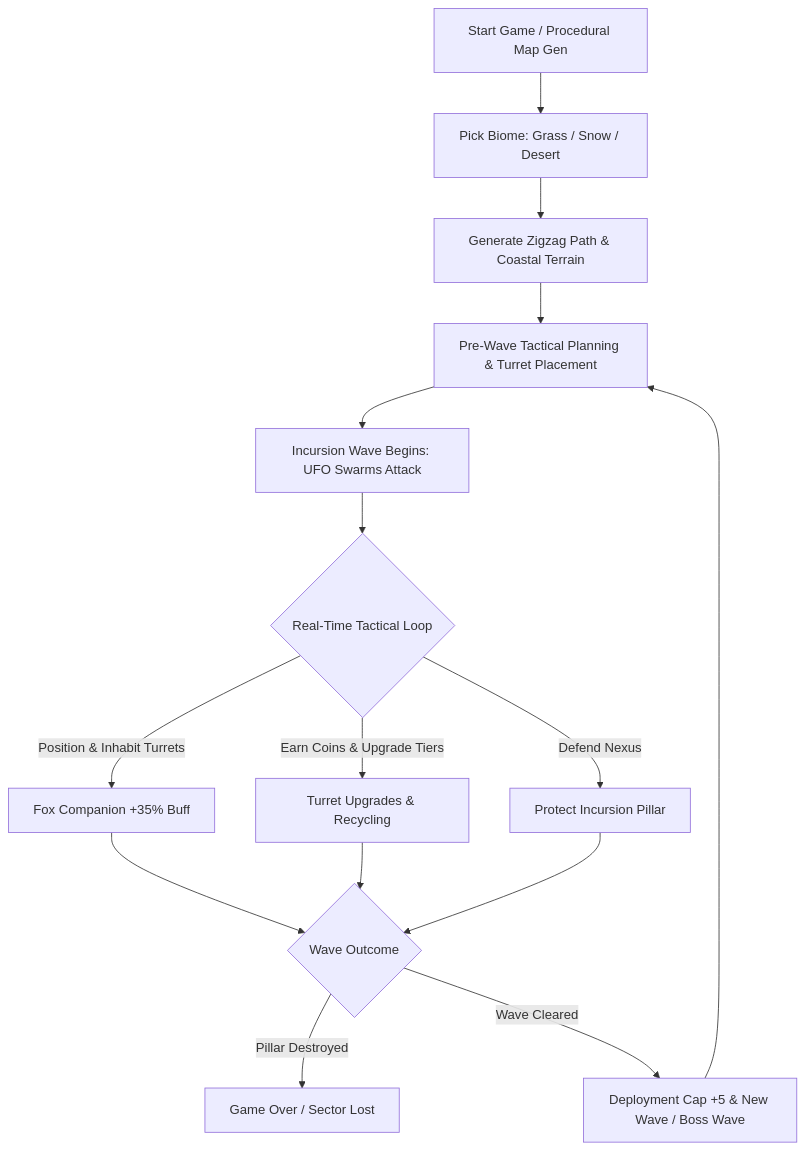
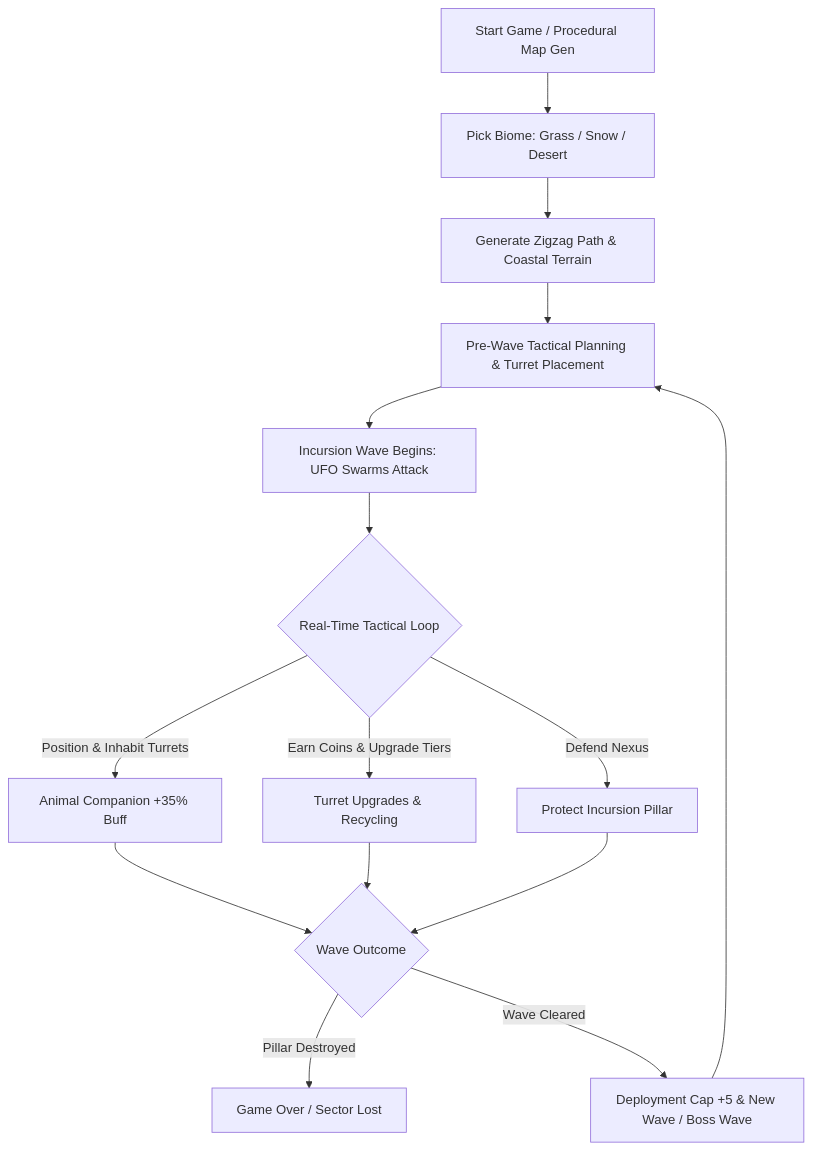
The first of 5 diagrams in docs/executive_summary.md (arlandoapraharjo/chaosmal-defense-td), drawn with Mermaid before and after one commit. The commit also changed other lines of this file, not shown here.

````diff
--- a/docs/executive_summary.md
+++ b/docs/executive_summary.md
@@ -19,17 +19,17 @@
 ```mermaid
 graph TD
-    A[Start Game / Procedural Map Gen] --> B[Pick Biome: Grass / Snow / Desert]
-    B --> C[Generate Zigzag Path & Coastal Terrain]
-    C --> D[Pre-Wave Tactical Planning & Turret Placement]
-    D --> E[Incursion Wave Begins: UFO Swarms Attack]
-    E --> F{Real-Time Tactical Loop}
-    F -->|Position & Inhabit Turrets| G[Fox Companion +35% Buff]
-    F -->|Earn Coins & Upgrade Tiers| H[Turret Upgrades & Recycling]
-    F -->|Defend Nexus| I[Protect Incursion Pillar]
-    G --> J{Wave Outcome}
+    A["Start Game / Procedural Map Gen"] --> B["Pick Biome: Grass / Snow / Desert"]
+    B --> C["Generate Zigzag Path & Coastal Terrain"]
+    C --> D["Pre-Wave Tactical Planning & Turret Placement"]
+    D --> E["Incursion Wave Begins: UFO Swarms Attack"]
+    E --> F{"Real-Time Tactical Loop"}
+    F -->|Position & Inhabit Turrets| G["Animal Companion +35% Buff"]
+    F -->|Earn Coins & Upgrade Tiers| H["Turret Upgrades & Recycling"]
+    F -->|Defend Nexus| I["Protect Incursion Pillar"]
+    G --> J{"Wave Outcome"}
     H --> J
     I --> J
-    J -->|Pillar Destroyed| K[Game Over / Sector Lost]
-    J -->|Wave Cleared| L[Deployment Cap +5 & New Wave / Boss Wave]
+    J -->|Pillar Destroyed| K["Game Over / Sector Lost"]
+    J -->|Wave Cleared| L["Deployment Cap +5 & New Wave / Boss Wave"]
     L --> D
 ```
````
